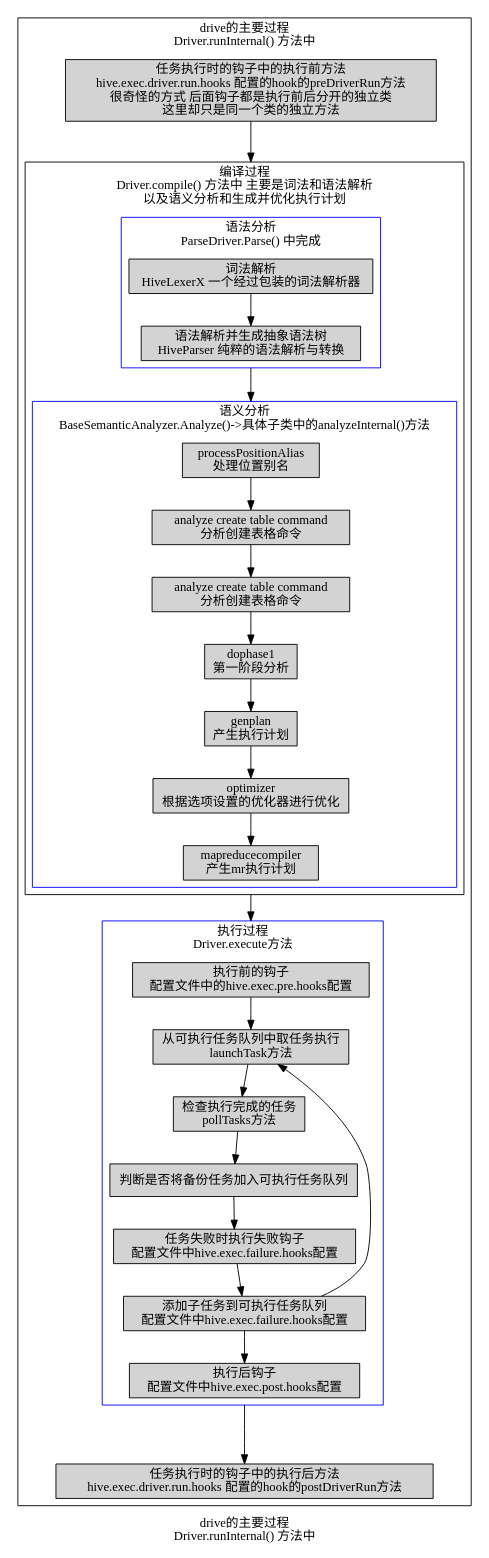
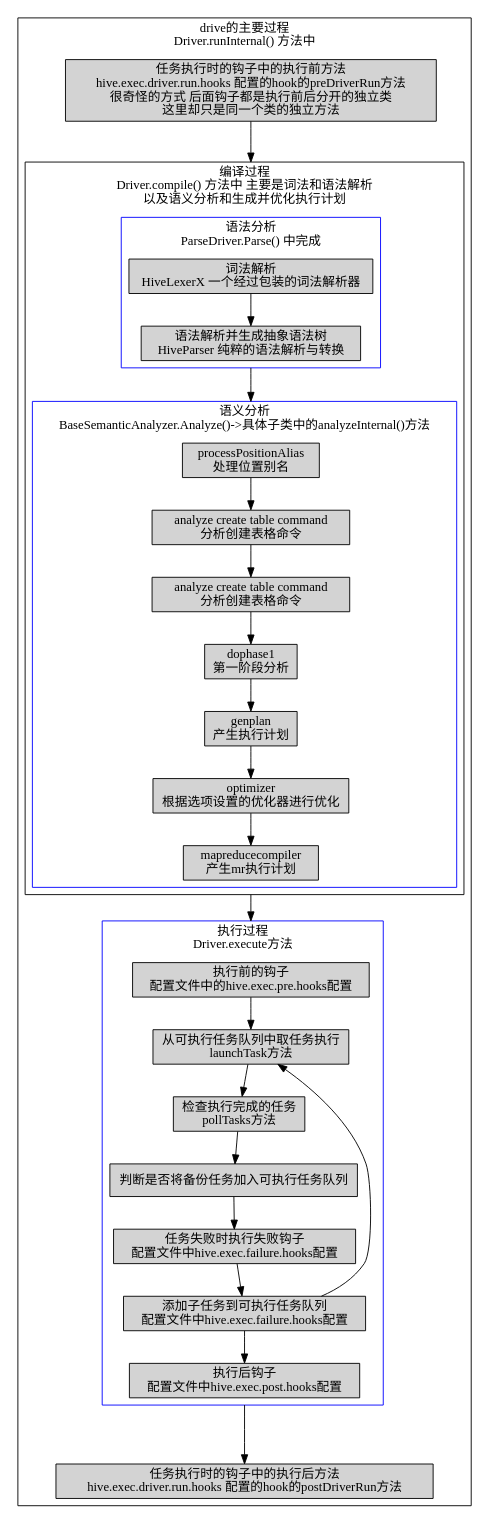
Before and after one commit to alan2lin/hive_ql_parser: the diagram in dot_file/proccess_flow.dot, drawn with Graphviz.

Commit message:
修改图片显示

```diff
--- a/dot_file/proccess_flow.dot
+++ b/dot_file/proccess_flow.dot
@@ -1,80 +1,81 @@
 digraph G {
 node[fontname="FangSong"];
 edge[fontname="FangSong"];
 graph[fontname="FangSong"];
-label="drive的主要过程 \n Driver.runInternal() 方法中";
+
 
 node [style = filled, color = black, shape = box, fillcolor = lightgrey ];
 compound=true;
 subgraph cluster_total{
+label="drive的主要过程 \n Driver.runInternal() 方法中";
 
 	predriverrun [ label = " 任务执行时的钩子中的执行前方法 \n hive.exec.driver.run.hooks 配置的hook的preDriverRun方法 \n 很奇怪的方式 后面钩子都是执行前后分开的独立类 \n 这里却只是同一个类的独立方法"];
 
         subgraph cluster_a{
 	       label="编译过程 \n Driver.compile() 方法中 主要是词法和语法解析 \n 以及语义分析和生成并优化执行计划";
 
 
 		subgraph cluster_aa1 {
 			label = "语法分析 \n ParseDriver.Parse() 中完成";
 			color=blue;
 			node [style=filled,color=black,shape=box,fillcolor=lightgrey];
 
 			lexer [ label = " 词法解析 \n HiveLexerX 一个经过包装的词法解析器"];
 			parser [ label = "语法解析并生成抽象语法树 \n HiveParser 纯粹的语法解析与转换 "];
 
 			
 			lexer -> parser;		
 					
 		}
 
 		subgraph cluster_aa2 {
 			label = "语义分析\nBaseSemanticAnalyzer.Analyze()->具体子类中的analyzeInternal()方法";
 			color = blue;
 			node [ style = filled, color = black, shape = box, fillcolor = lightgrey];
 
 			ppa [ label = "processPositionAlias\n处理位置别名"];
 			actc [ label = "analyze create table command\n分析创建表格命令"];
 			acvc [ label = "analyze create table command\n分析创建表格命令"];
 			phase1 [ label = "dophase1\n第一阶段分析"];
 			genplan [ label = "genplan\n产生执行计划"];
 			optimizer [ label = "optimizer\n根据选项设置的优化器进行优化"];
 			mapreducecompiler [ label = "mapreducecompiler\n产生mr执行计划"];		
 
 
 			ppa -> actc -> acvc -> phase1 -> genplan -> optimizer -> mapreducecompiler;
 			
 		}
 	}
 
 
 
 	subgraph cluster_b {
 		label = "执行过程\nDriver.execute方法";
 		color = blue;
 		node [ style = filled, color = black, shape = box, fillcolor = lightgrey];
 
 		prehook [ label = "执行前的钩子\n配置文件中的hive.exec.pre.hooks配置"];
 		launchtask [ label = "从可执行任务队列中取任务执行\nlaunchTask方法"];
 		polltasks [ label = "检查执行完成的任务\npollTasks方法"];
 		backtasks [ label = "判断是否将备份任务加入可执行任务队列"];
 		failurehook [ label = "任务失败时执行失败钩子\n配置文件中hive.exec.failure.hooks配置"];
 		addchildtask [ label = "添加子任务到可执行任务队列\n配置文件中hive.exec.failure.hooks配置"];
 		posthook [ label = "执行后钩子\n配置文件中hive.exec.post.hooks配置"];
 		 
 
 		prehook -> launchtask -> polltasks -> backtasks -> failurehook -> addchildtask -> posthook ;
 		addchildtask -> launchtask;
 	
 	}
 
 	postdriverrun [ shape = box , label = " 任务执行时的钩子中的执行后方法 \n hive.exec.driver.run.hooks 配置的hook的postDriverRun方法 "];
 
 	edge[minlen=2];
 
 	predriverrun -> lexer [ lhead  = cluster_a ];
 	parser -> ppa [ ltail = cluster_aa1 , lhead = cluster_aa2];
 	mapreducecompiler -> prehook [ ltail = cluster_a , lhead = cluster_b] ;
 
 	posthook -> postdriverrun [ ltail = cluster_b ];
 }
 }
```
